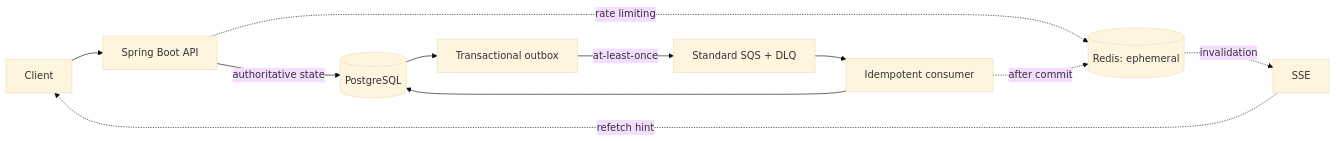
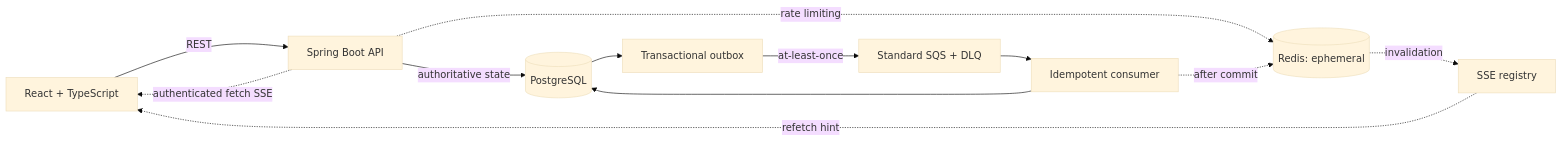
The diagram in README.md (harshr2024/CrowdPass), drawn with Mermaid (base theme) before and after one commit. The commit also changed other lines of this file and 3 other files, not shown here.

````diff
--- a/README.md
+++ b/README.md
@@ -22,13 +22,14 @@
 ```mermaid
 flowchart LR
-    Client --> API[Spring Boot API]
+    Browser[React + TypeScript] -->|REST| API[Spring Boot API]
+    API -. authenticated fetch SSE .-> Browser
     API -->|authoritative state| PG[(PostgreSQL)]
     API -. rate limiting .-> Redis[(Redis: ephemeral)]
     PG --> Outbox[Transactional outbox]
     Outbox -->|at-least-once| SQS[Standard SQS + DLQ]
     SQS --> Consumer[Idempotent consumer]
     Consumer --> PG
     Consumer -. after commit .-> Redis
-    Redis -. invalidation .-> SSE[SSE]
-    SSE -. refetch hint .-> Client
+    Redis -. invalidation .-> SSE[SSE registry]
+    SSE -. refetch hint .-> Browser
 ```
````
